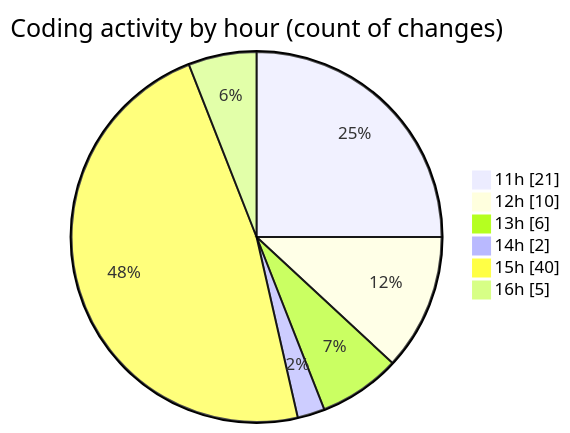
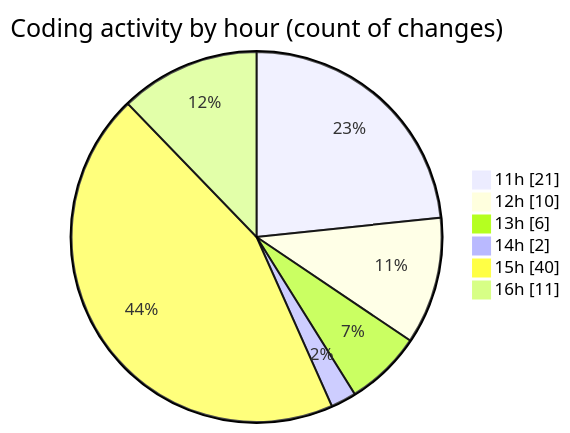
Before and after one commit to nxtqubesakshisongat/code-tracking: the second of 2 diagrams in 2025-07-14/argos/README.md, drawn with Mermaid. The commit also changed other lines of this file and 1 other file, not shown here.

````diff
--- a/2025-07-14/argos/README.md
+++ b/2025-07-14/argos/README.md
@@ -37,10 +37,10 @@
 ```mermaid
 pie showData
 title Coding activity by hour (count of changes)
 "11h" : 21
 "12h" : 10
 "13h" : 6
 "14h" : 2
 "15h" : 40
-"16h" : 5
+"16h" : 11
 ```
````
